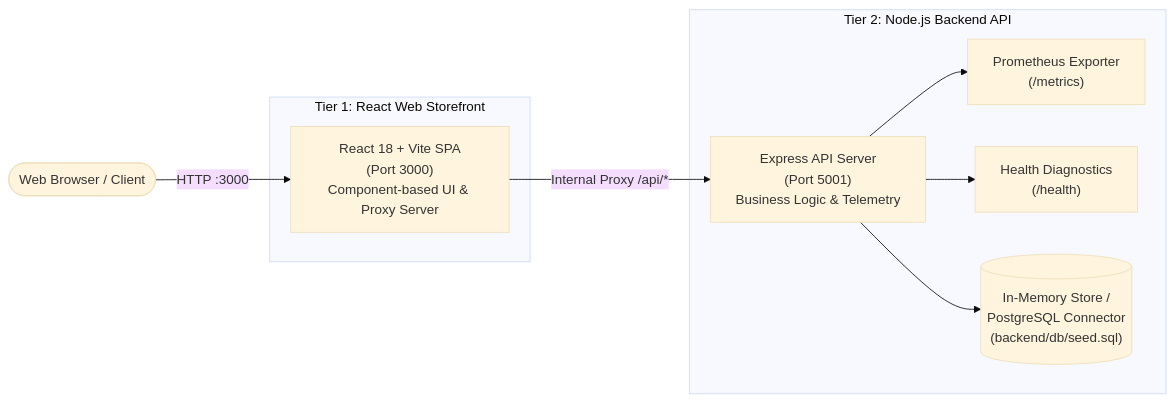
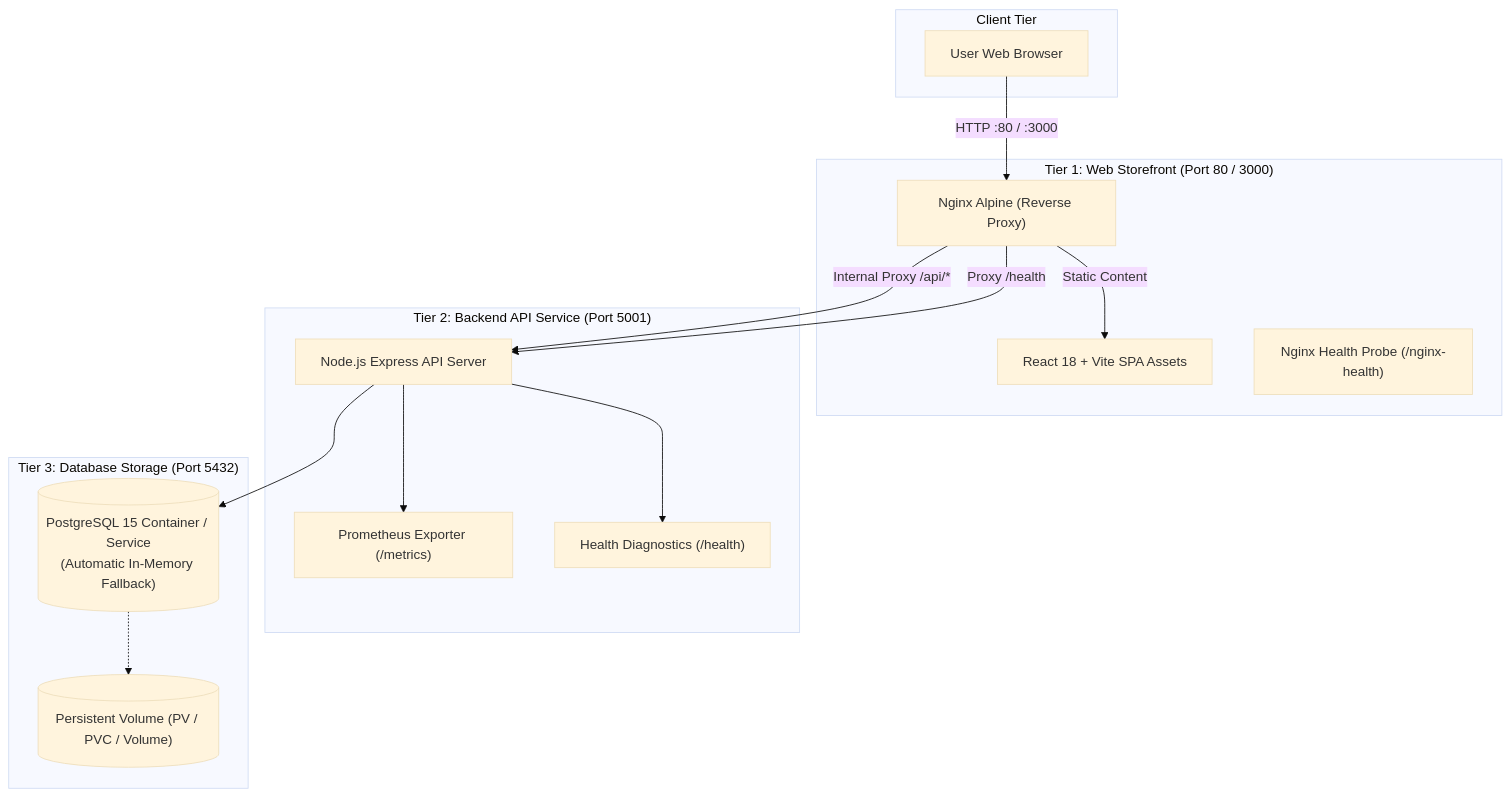
Before and after one commit to aqsa890/production-ecommerce-devops: the diagram in README.md, drawn with Mermaid (base theme). The commit also changed other lines of this file, not shown here.

````diff
--- a/README.md
+++ b/README.md
@@ -15,19 +19,32 @@
 ```mermaid
-flowchart LR
-    subgraph Tier1["Tier 1: React Web Storefront"]
-        UI["React 18 + Vite SPA\n(Port 3000)\nComponent-based UI & Proxy Server"]
+flowchart TD
+    subgraph Client["Client Tier"]
+        Browser["User Web Browser"]
     end
 
-    subgraph Tier2["Tier 2: Node.js Backend API"]
-        API["Express API Server\n(Port 5001)\nBusiness Logic & Telemetry"]
-        Metrics["Prometheus Exporter\n(/metrics)"]
-        Health["Health Diagnostics\n(/health)"]
-        Data[("In-Memory Store /\nPostgreSQL Connector\n(backend/db/seed.sql)")]
+    subgraph Tier1["Tier 1: Web Storefront (Port 80 / 3000)"]
+        Nginx["Nginx Alpine (Reverse Proxy)"]
+        SPA["React 18 + Vite SPA Assets"]
+        NginxHealth["Nginx Health Probe (/nginx-health)"]
     end
 
-    User([Web Browser / Client]) -->|HTTP :3000| UI
-    UI -->|Internal Proxy /api/*| API
-    API --> Data
+    subgraph Tier2["Tier 2: Backend API Service (Port 5001)"]
+        API["Node.js Express API Server"]
+        Metrics["Prometheus Exporter (/metrics)"]
+        Health["Health Diagnostics (/health)"]
+    end
+
+    subgraph Tier3["Tier 3: Database Storage (Port 5432)"]
+        DB[("PostgreSQL 15 Container / Service\n(Automatic In-Memory Fallback)")]
+        Storage[("Persistent Volume (PV / PVC / Volume)")]
+    end
+
+    Browser -->|HTTP :80 / :3000| Nginx
+    Nginx -->|Static Content| SPA
+    Nginx -->|Internal Proxy /api/*| API
+    Nginx -->|Proxy /health| API
+    API --> DB
     API --> Metrics
     API --> Health
+    DB -.-> Storage
 ```
````
